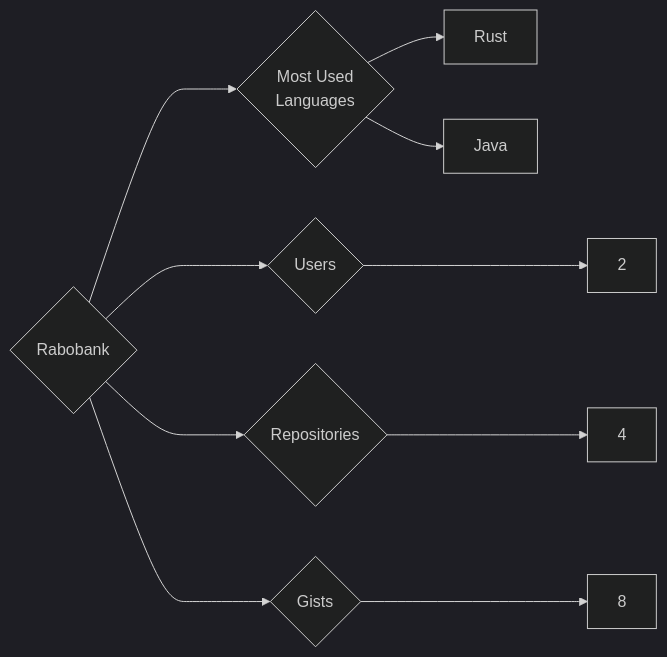
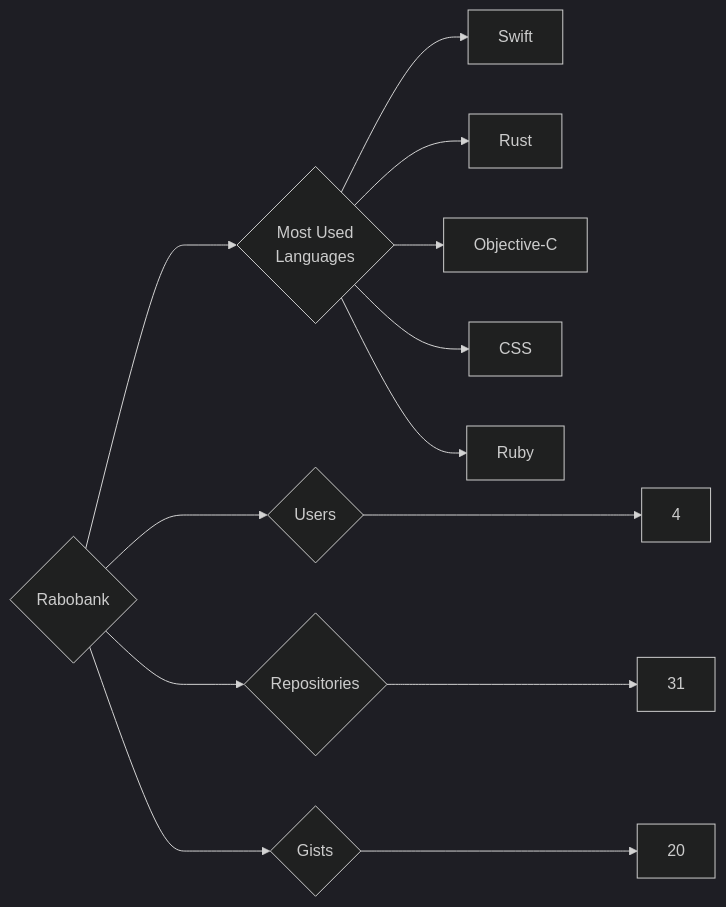
The diagram in targets/Rabobank/README.md (trickest/insiders), drawn with Mermaid (dark theme) before and after one commit. The commit also changed 1508 other files, not shown here.

````diff
--- a/targets/Rabobank/README.md
+++ b/targets/Rabobank/README.md
@@ -3,10 +3,13 @@
 ```mermaid
 graph LR
 COMPANY_NAME{Rabobank}
-COMPANY_NAME ---> U{Users} ---> UN[2]
-COMPANY_NAME ---> R{Repositories} ---> RN[4]
-COMPANY_NAME ---> G{Gists} ---> GN[8]
+COMPANY_NAME ---> U{Users} ---> UN[4]
+COMPANY_NAME ---> R{Repositories} ---> RN[31]
+COMPANY_NAME ---> G{Gists} ---> GN[20]
 COMPANY_NAME ---> ML{Most Used<br>Languages}
+ML --> Swift[Swift]
 ML --> Rust[Rust]
-ML --> Java[Java]
+ML --> Objective-C[Objective-C]
+ML --> CSS[CSS]
+ML --> Ruby[Ruby]
 ```
````
